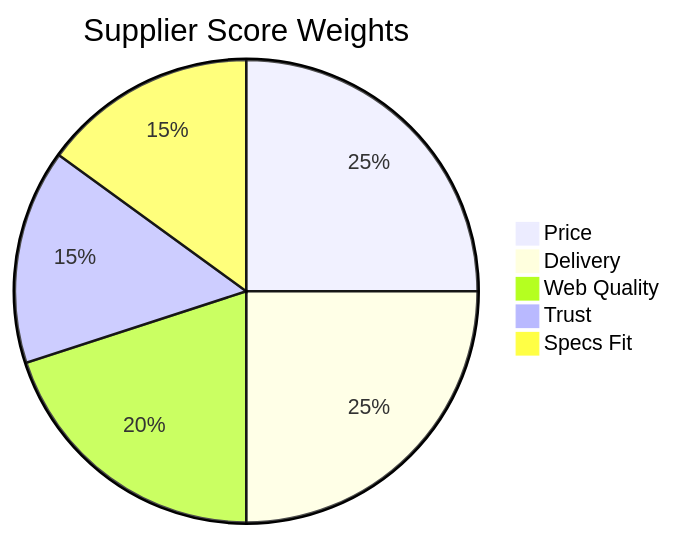
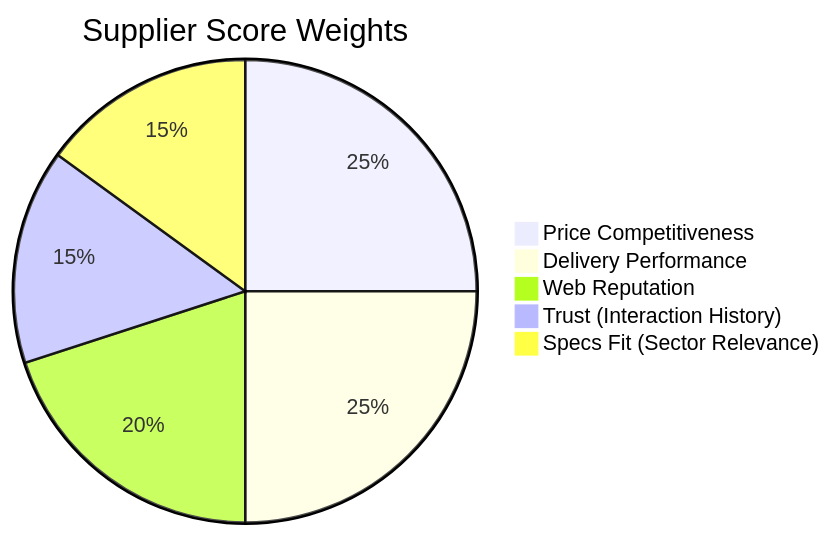
One commit to BlackSamuron0305/Comstruct-Challenge-Think-Codex-Hackathon changed the seventh of 13 diagrams in docs/ai-workflows.md. Above: the diagram before and after it, drawn with Mermaid. The commit also changed other lines of this file, not shown here.

````diff
--- a/docs/ai-workflows.md
+++ b/docs/ai-workflows.md
@@ -239,8 +280,8 @@
 ```mermaid
 pie title Supplier Score Weights
-    "Price" : 25
-    "Delivery" : 25
-    "Web Quality" : 20
-    "Trust" : 15
-    "Specs Fit" : 15
+    "Price Competitiveness" : 25
+    "Delivery Performance" : 25
+    "Web Reputation" : 20
+    "Trust (Interaction History)" : 15
+    "Specs Fit (Sector Relevance)" : 15
 ```
````
